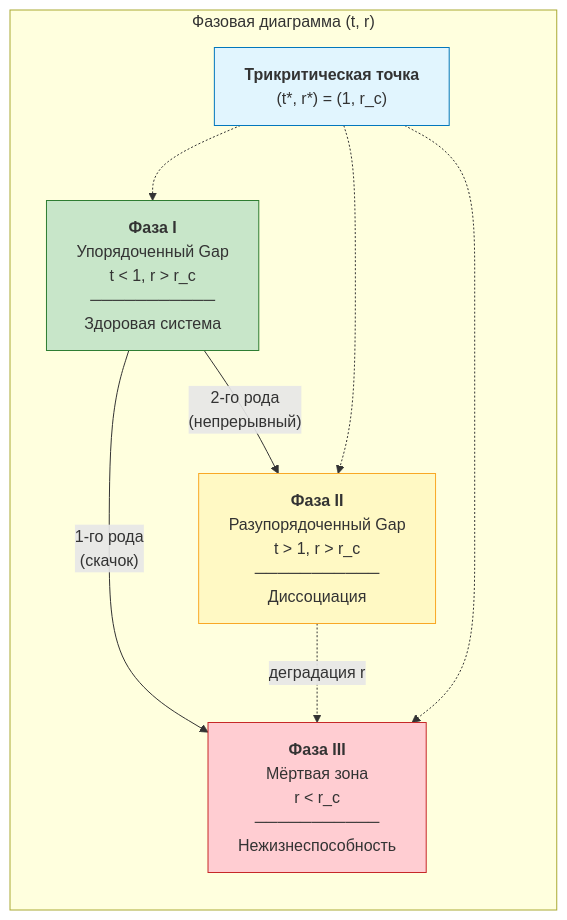
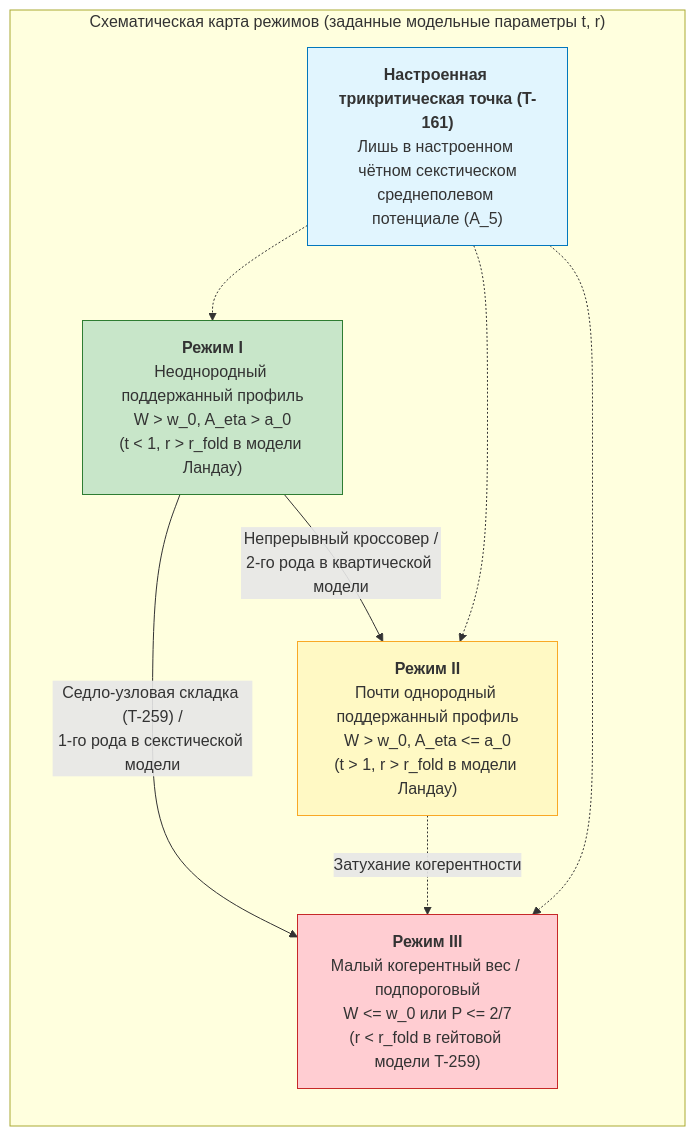
The first of 2 diagrams in website/i18n/ru/docusaurus-plugin-content-docs/current/applied/coherence-cybernetics/phase-diagram-cc.md (gst-st/uhm), drawn with Mermaid before and after one commit. The commit also changed other lines of this file and 376 other files, not shown here.

First line of the commit message:
Refactor UHM canon, decontaminate architecture, and verify EN/RU parity

````diff
--- a/website/i18n/ru/docusaurus-plugin-content-docs/current/applied/coherence-cybernetics/phase-diagram-cc.md
+++ b/website/i18n/ru/docusaurus-plugin-content-docs/current/applied/coherence-cybernetics/phase-diagram-cc.md
@@ -183,22 +174,22 @@
 ```mermaid
 graph LR
-    subgraph "Фазовая диаграмма (t, r)"
+    subgraph "Схематическая карта режимов (заданные модельные параметры t, r)"
         direction TB
-        P1["<b>Фаза I</b><br/>Упорядоченный Gap<br/>t < 1, r > r_c<br/>───────────<br/>Здоровая система"]
-        P2["<b>Фаза II</b><br/>Разупорядоченный Gap<br/>t > 1, r > r_c<br/>───────────<br/>Диссоциация"]
-        P3["<b>Фаза III</b><br/>Мёртвая зона<br/>r < r_c<br/>───────────<br/>Нежизнеспособность"]
-        TC["<b>Трикритическая точка</b><br/>(t*, r*) = (1, r_c)"]
+        P1["<b>Режим I</b><br/>Неоднородный поддержанный профиль<br/>W > w_0, A_eta > a_0<br/>(t < 1, r > r_fold в модели Ландау)"]
+        P2["<b>Режим II</b><br/>Почти однородный поддержанный профиль<br/>W > w_0, A_eta <= a_0<br/>(t > 1, r > r_fold в модели Ландау)"]
+        P3["<b>Режим III</b><br/>Малый когерентный вес / подпороговый<br/>W <= w_0 или P <= 2/7<br/>(r < r_fold в гейтовой модели T-259)"]
+        TC["<b>Настроенная трикритическая точка (T-161)</b><br/>Лишь в настроенном чётном секстическом<br/>среднеполевом потенциале (A_5)"]
 
-        P1 -->|"2-го рода<br/>(непрерывный)"| P2
-        P1 -->|"1-го рода<br/>(скачок)"| P3
-        P2 -.->|"деградация r"| P3
+        P1 -->|"Непрерывный кроссовер /<br/>2-го рода в квартической модели"| P2
+        P1 -->|"Седло-узловая складка (T-259) /<br/>1-го рода в секстической модели"| P3
+        P2 -.->|"Затухание когерентности"| P3
         TC -.-> P1
         TC -.-> P2
         TC -.-> P3
     end
 
     style P1 fill:#c8e6c9,stroke:#2e7d32
     style P2 fill:#fff9c4,stroke:#f9a825
     style P3 fill:#ffcdd2,stroke:#c62828
     style TC fill:#e1f5fe,stroke:#0277bd
 ```
````
